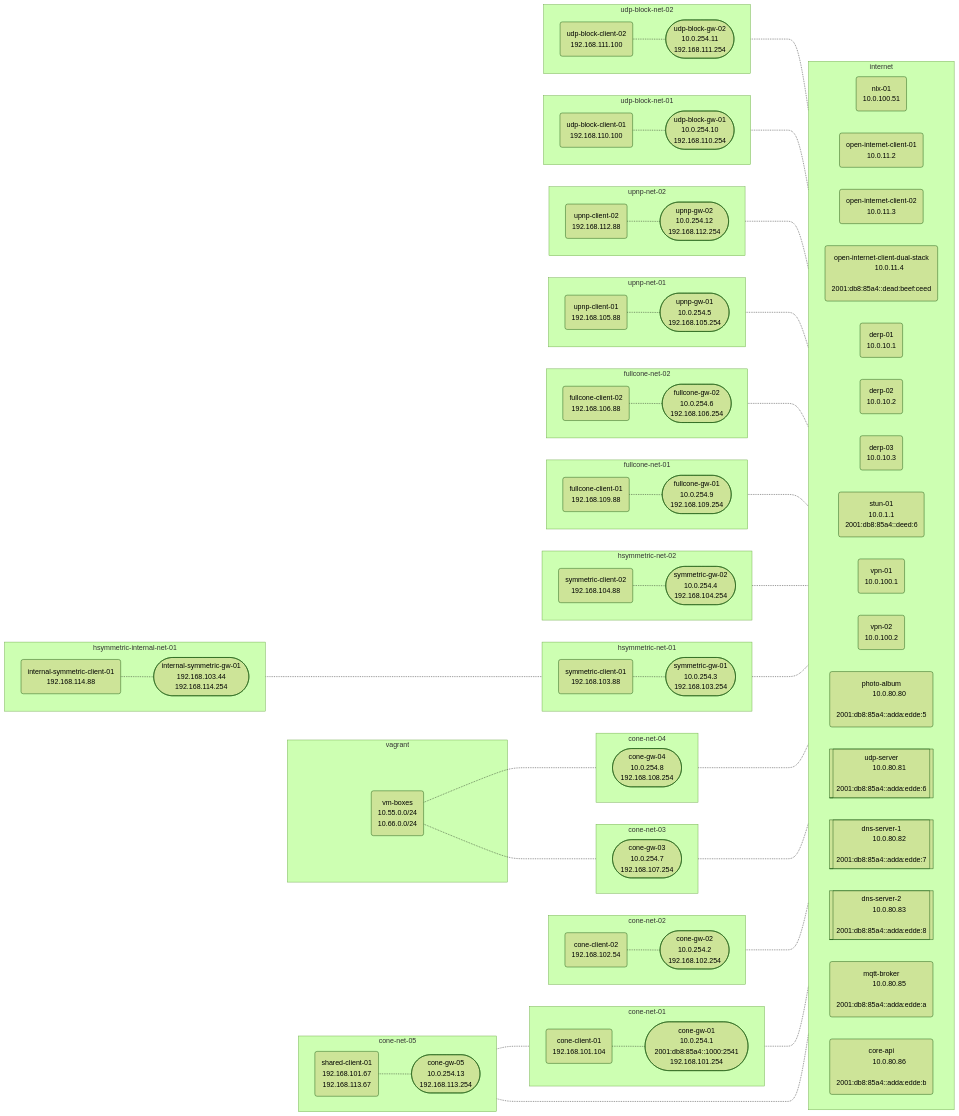
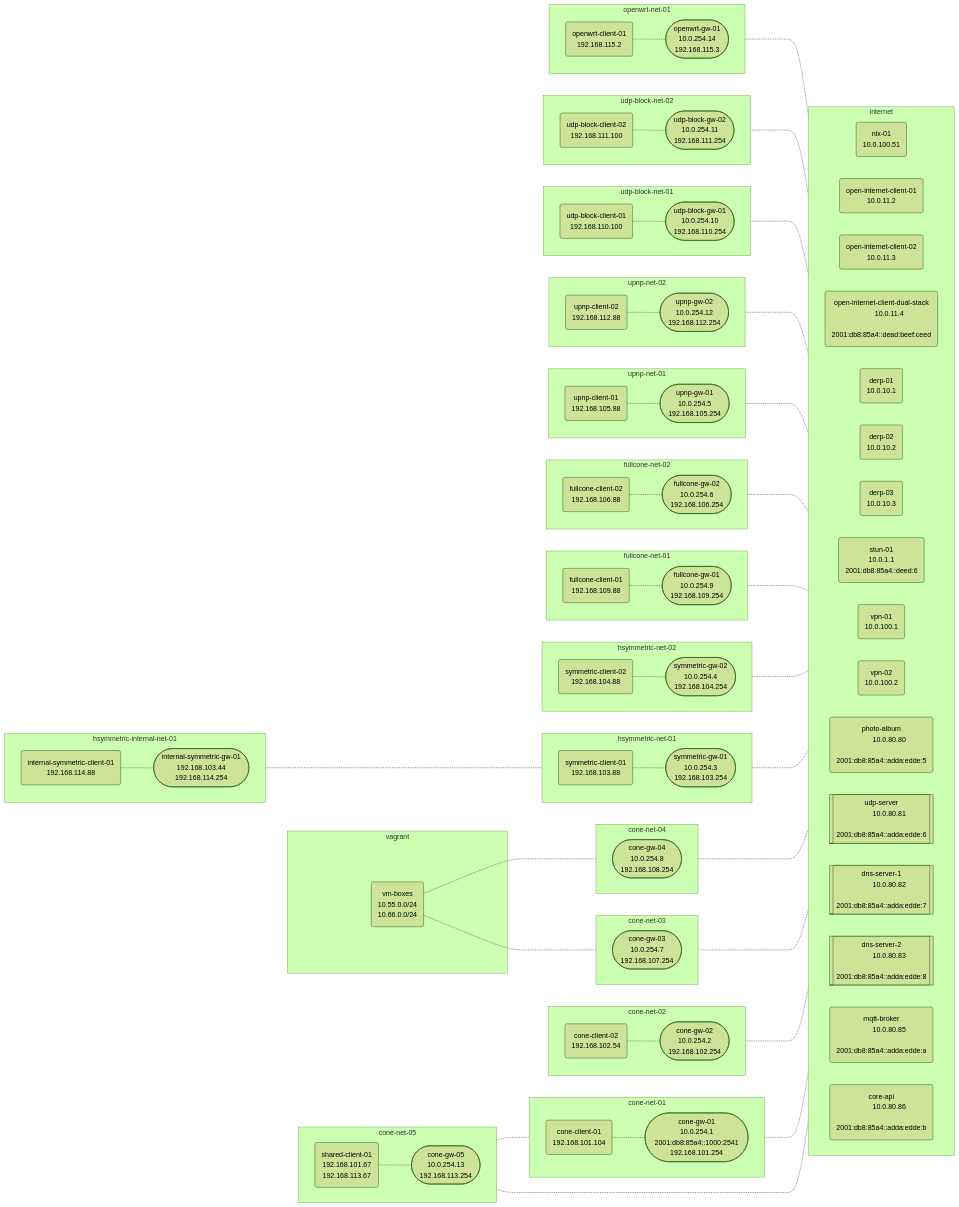
One commit to NordSecurity/libtelio changed the diagram in nat-lab/network.md. Above: the diagram before and after it, drawn with Mermaid (forest theme). The commit also changed 1 other file, not shown here.

Commit message:
Add openwrt container to nat-lab

```diff
--- a/nat-lab/network.md
+++ b/nat-lab/network.md
@@ -186,6 +186,16 @@
         192.168.111.254"])
   end
 
+  %% Network openwrt-net-01
+  subgraph openwrt-net-01[openwrt-net-01]
+  direction LR
+    openwrt-client-01("openwrt-client-01
+        192.168.115.2")
+    openwrt-gw-01(["openwrt-gw-01
+        10.0.254.14
+        192.168.115.3"])
+  end
+
   %% Node Connections
   cone-gw-01 -..- internet
   cone-gw-02 -..- internet
@@ -200,6 +210,7 @@
   upnp-gw-02 -..- internet
   udp-block-gw-01 -..- internet
   udp-block-gw-02 -..- internet
+  openwrt-gw-01 -..- internet
   cone-client-01 -.- cone-gw-01
   shared-client-01 -.- cone-gw-01
   shared-client-01 -.- cone-gw-05
@@ -214,6 +225,7 @@
   upnp-client-02 -.- upnp-gw-02
   udp-block-client-01 -.- udp-block-gw-01
   udp-block-client-02 -.- udp-block-gw-02
+  openwrt-client-01 -.- openwrt-gw-01
 
   %% Vagrant boxes
   subgraph vagrant
```
